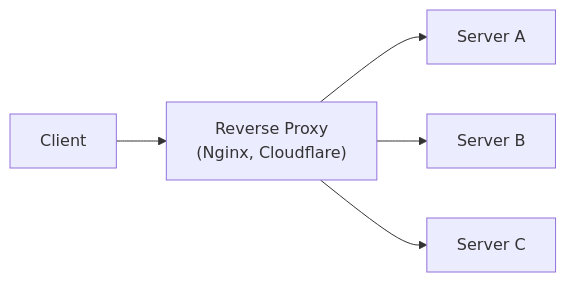
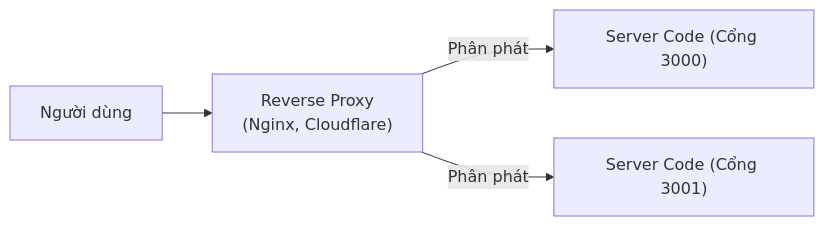
Before and after one commit to Mrnobody102/it-interview-prep: the second of 2 diagrams in src/content/vi/he-thong/overview-proxy-server.md, drawn with Mermaid. The commit also changed other lines of this file and 51 other files, not shown here.

````diff
--- a/src/content/vi/he-thong/overview-proxy-server.md
+++ b/src/content/vi/he-thong/overview-proxy-server.md
@@ -73,12 +53,10 @@
 ```mermaid
 flowchart LR
-    C["Client"]
+    C["Người dùng"]
     RP["Reverse Proxy<br>(Nginx, Cloudflare)"]
-    SA["Server A"]
-    SB["Server B"]
-    SC["Server C"]
+    SA["Server Code (Cổng 3000)"]
+    SB["Server Code (Cổng 3001)"]
     C --> RP
-    RP --> SA
-    RP --> SB
-    RP --> SC
+    RP -->|"Phân phát"| SA
+    RP -->|"Phân phát"| SB
 ```
````
